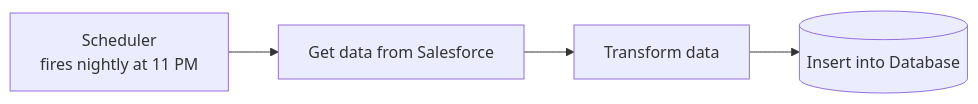
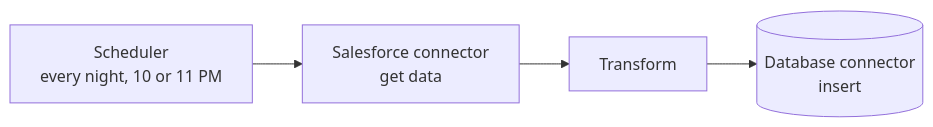
The third of 8 diagrams in detailed-notes/day02.md (developerashok99/green-c-mule-notes), drawn with Mermaid before and after one commit. The commit also changed other lines of this file and 3 other files, not shown here.

````diff
--- a/detailed-notes/day02.md
+++ b/detailed-notes/day02.md
@@ -34,6 +41,6 @@
 ```mermaid
 flowchart LR
-    S[Scheduler<br/>fires nightly at 11 PM] --> SF[Get data from Salesforce]
-    SF --> T[Transform data]
-    T --> DB[(Insert into Database)]
+    S[Scheduler<br/>every night, 10 or 11 PM] --> SF[Salesforce connector<br/>get data]
+    SF --> T[Transform]
+    T --> DB[(Database connector<br/>insert)]
 ```
````
